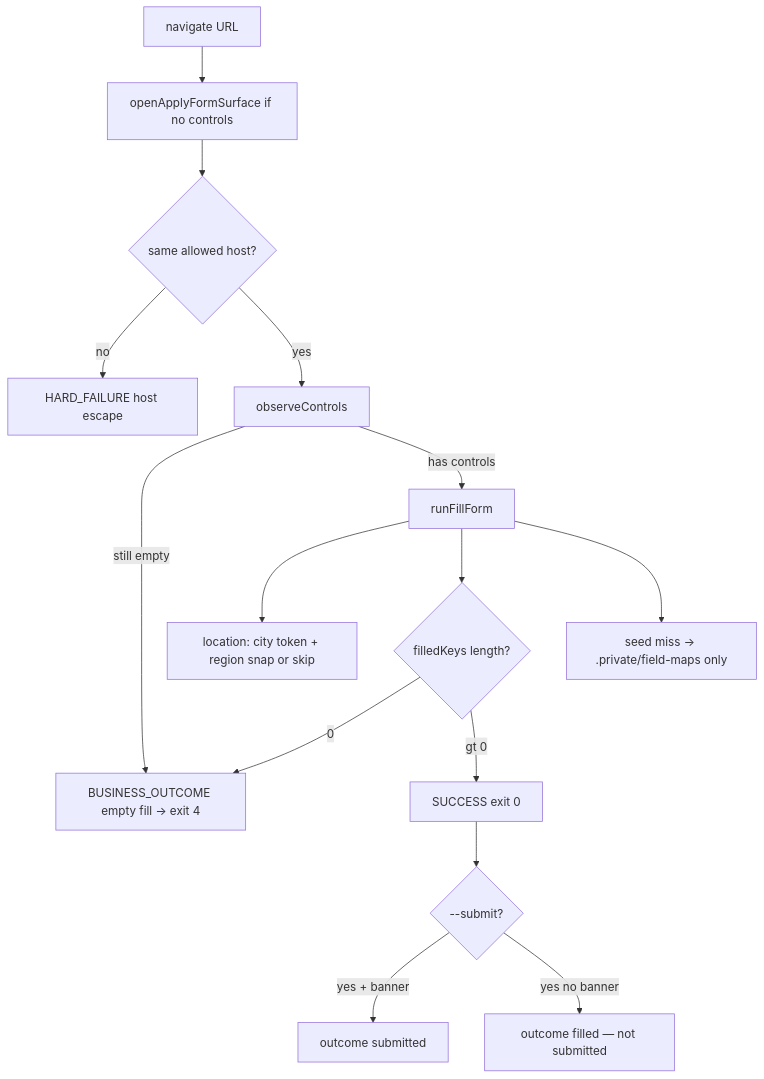
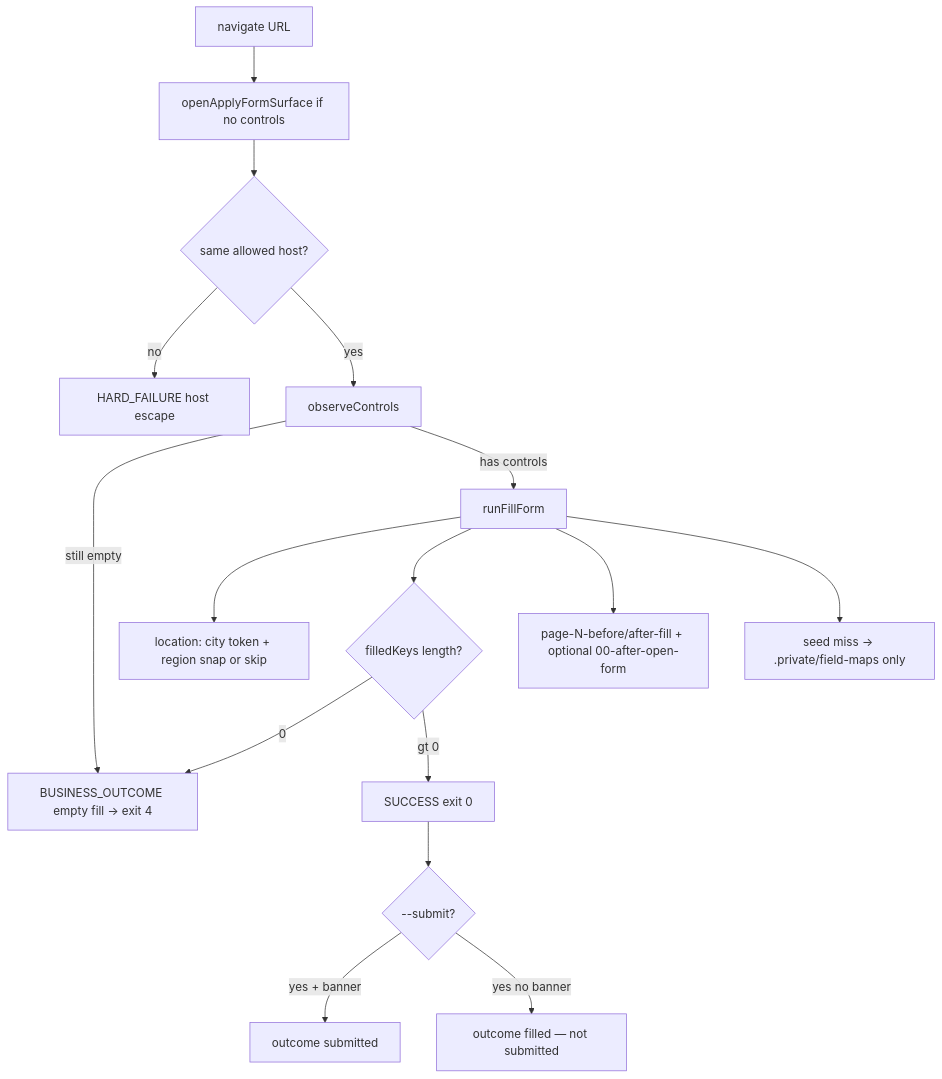
Before and after one commit to vishwaksena-dingari/computer-use-automation: diagram 13 of 13 in docs/ARCHITECTURE.md, drawn with Mermaid. The commit also changed other lines of this file and 5 other files, not shown here.

First line of the commit message:
Add fillFormFlow per-page screenshots for apply evidence galleries.

````diff
--- a/docs/ARCHITECTURE.md
+++ b/docs/ARCHITECTURE.md
@@ -428,17 +428,18 @@
 ```mermaid
 flowchart TD
   nav[navigate URL] --> open["openApplyFormSurface if no controls"]
   open --> host{same allowed host?}
   host -->|no| fail4h[HARD_FAILURE host escape]
   host -->|yes| obs[observeControls]
   obs -->|still empty| fail4["BUSINESS_OUTCOME empty fill → exit 4"]
   obs -->|has controls| fill[runFillForm]
   fill --> loc["location: city token + region snap or skip"]
   fill --> keys{filledKeys length?}
   keys -->|0| fail4
   keys -->|gt 0| ok[SUCCESS exit 0]
+  fill --> shots["page-N-before/after-fill + optional 00-after-open-form"]
   fill --> cache["seed miss → .private/field-maps only"]
   ok --> sub{--submit?}
   sub -->|yes + banner| submitted[outcome submitted]
   sub -->|yes no banner| filledOnly[outcome filled — not submitted]
 ```
````
